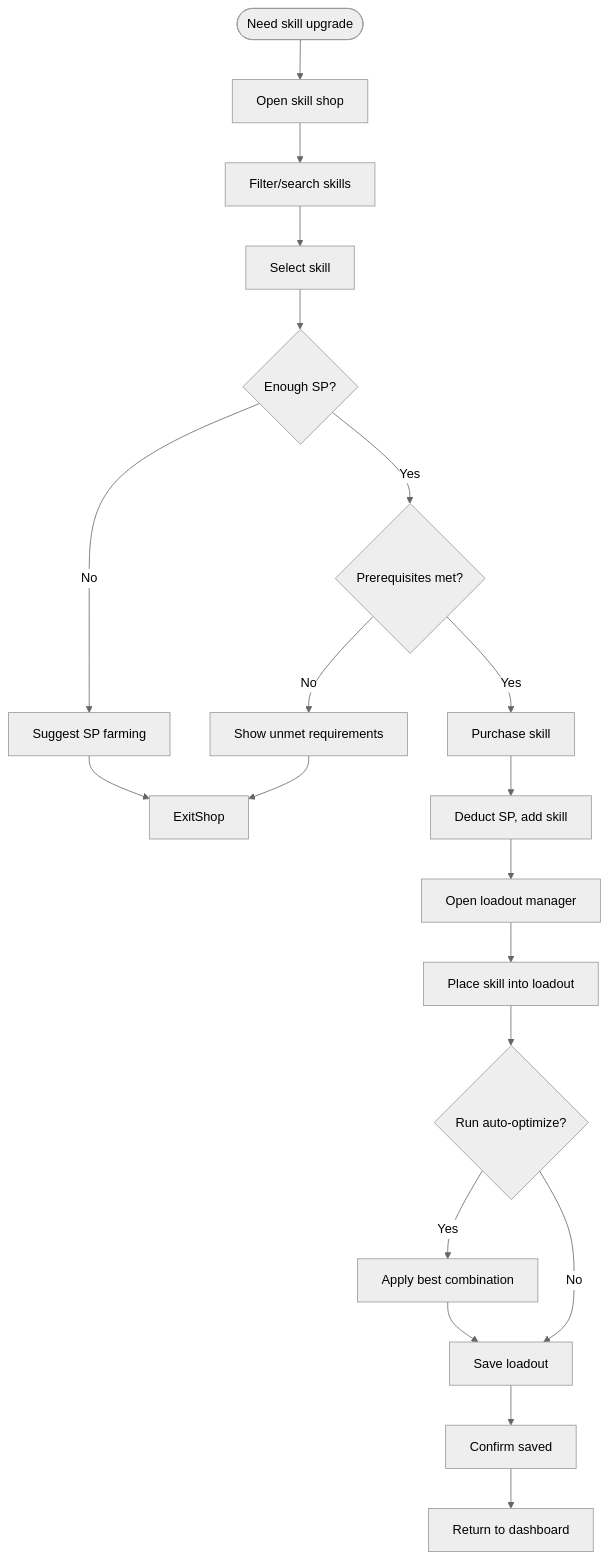
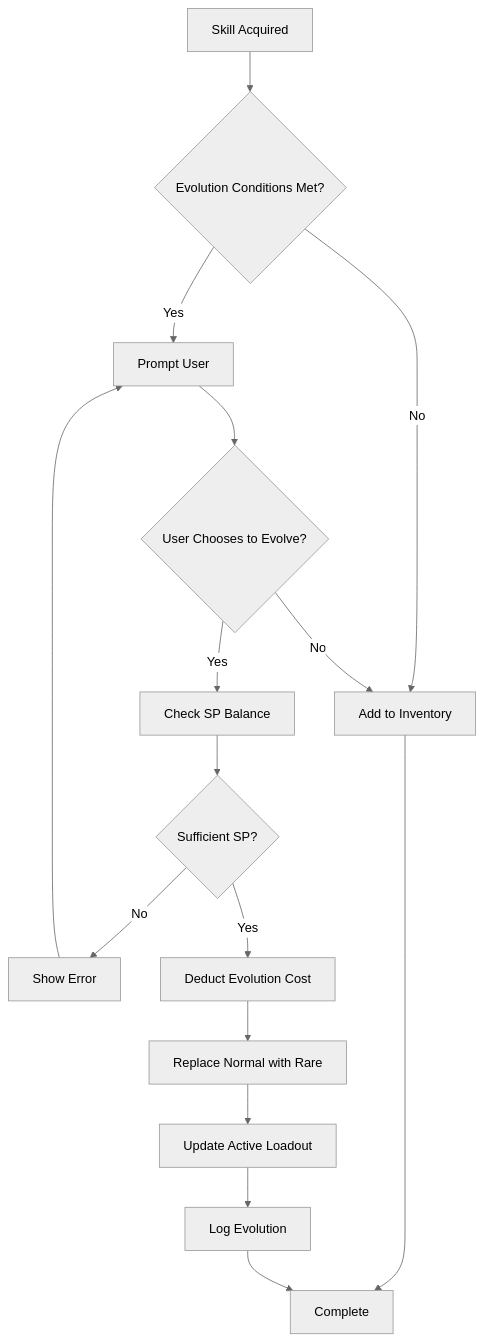
One commit to exatfrds67/umamusume-career-planner changed the fourth of 9 diagrams in docs/01-user-flows/UF-005_Skill_Management_Flow.md. Above: the diagram before and after it, drawn with Mermaid (neutral theme). The commit also changed other lines of this file and 67 other files, not shown here.

````diff
--- a/docs/01-user-flows/UF-005_Skill_Management_Flow.md
+++ b/docs/01-user-flows/UF-005_Skill_Management_Flow.md
@@ -26,22 +626,18 @@
 ```mermaid
 flowchart TD
-    Start([Need skill upgrade]) --> OpenShop[Open skill shop]
-    OpenShop --> Filter[Filter/search skills]
-    Filter --> SelectSkill[Select skill]
-    SelectSkill --> CheckSP{Enough SP?}
-    CheckSP -->|No| SuggestTraining[Suggest SP farming]
-    SuggestTraining --> ExitShop
-    CheckSP -->|Yes| CheckPrereq{Prerequisites met?}
-    CheckPrereq -->|No| ShowRequirements[Show unmet requirements]
-    ShowRequirements --> ExitShop
-    CheckPrereq -->|Yes| BuySkill[Purchase skill]
-    BuySkill --> UpdateState[Deduct SP, add skill]
-    UpdateState --> Loadout[Open loadout manager]
-    Loadout --> AddToSlots[Place skill into loadout]
-    AddToSlots --> Optimize{Run auto-optimize?}
-    Optimize -->|Yes| AutoOpt[Apply best combination]
-    AutoOpt --> SaveLoadout
-    Optimize -->|No| SaveLoadout[Save loadout]
-    SaveLoadout --> Confirm[Confirm saved]
-    Confirm --> Exit[Return to dashboard]
+    A[Skill Acquired] --> B{Evolution Conditions Met?}
+    B -->|No| C[Add to Inventory]
+    B -->|Yes| D[Prompt User]
+    D --> E{User Chooses to Evolve?}
+    E -->|No| C
+    E -->|Yes| F[Check SP Balance]
+    F --> G{Sufficient SP?}
+    G -->|No| H[Show Error]
+    G -->|Yes| I[Deduct Evolution Cost]
+    I --> J[Replace Normal with Rare]
+    J --> K[Update Active Loadout]
+    K --> L[Log Evolution]
+    C --> M[Complete]
+    L --> M
+    H --> D
 ```
````
